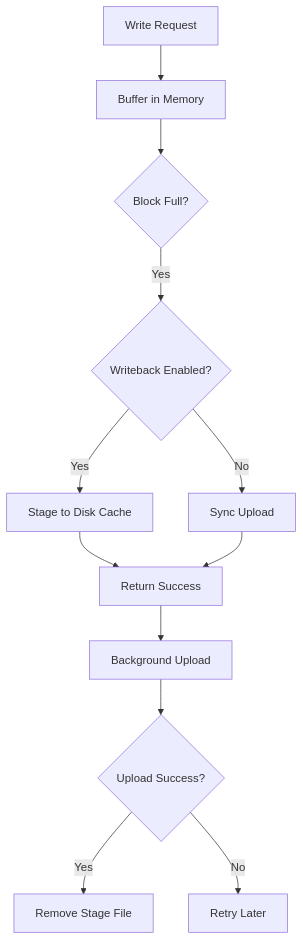
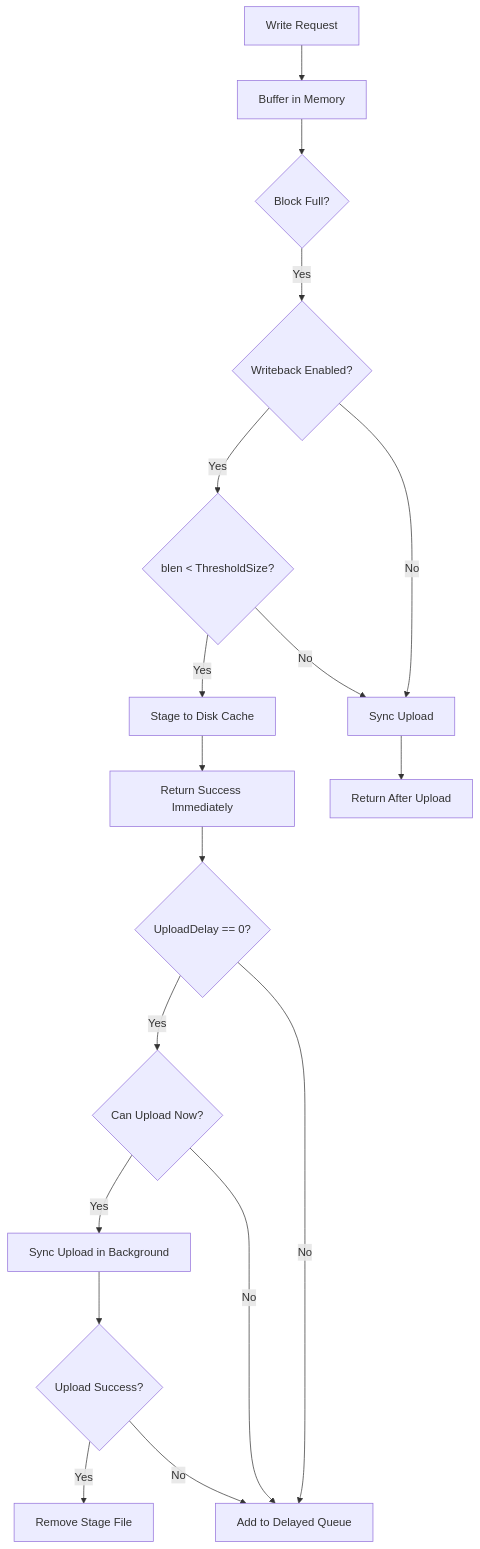
One commit to jerry609/SourceCodeReadingNote changed the second of 2 diagrams in Storage/JuiceFS/algorithms.md. Above: the diagram before and after it, drawn with Mermaid. The commit also changed other lines of this file, not shown here.

````diff
--- a/Storage/JuiceFS/algorithms.md
+++ b/Storage/JuiceFS/algorithms.md
@@ -359,14 +487,20 @@
 ```mermaid
 graph TD
     A[Write Request] --> B[Buffer in Memory]
     B --> C{Block Full?}
     C -- Yes --> D{Writeback Enabled?}
-    D -- Yes --> E[Stage to Disk Cache]
-    E --> F[Return Success]
-    F --> G[Background Upload]
-    G --> H{Upload Success?}
-    H -- Yes --> I[Remove Stage File]
-    H -- No --> J[Retry Later]
-    D -- No --> K[Sync Upload]
-    K --> F
+    D -- Yes --> E{blen < ThresholdSize?}
+    E -- Yes --> F[Stage to Disk Cache]
+    F --> G[Return Success Immediately]
+    G --> H{UploadDelay == 0?}
+    H -- Yes --> I{Can Upload Now?}
+    I -- Yes --> J[Sync Upload in Background]
+    I -- No --> K[Add to Delayed Queue]
+    H -- No --> K
+    J --> L{Upload Success?}
+    L -- Yes --> M[Remove Stage File]
+    L -- No --> K
+    E -- No --> N[Sync Upload]
+    D -- No --> N
+    N --> O[Return After Upload]
 ```
````
